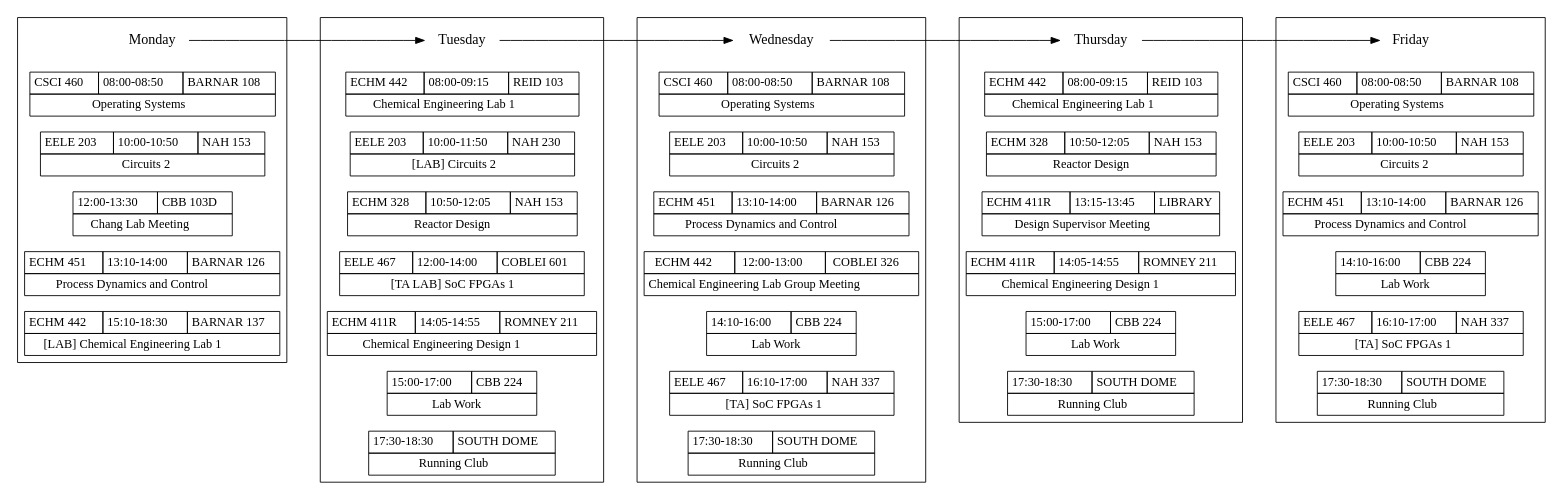
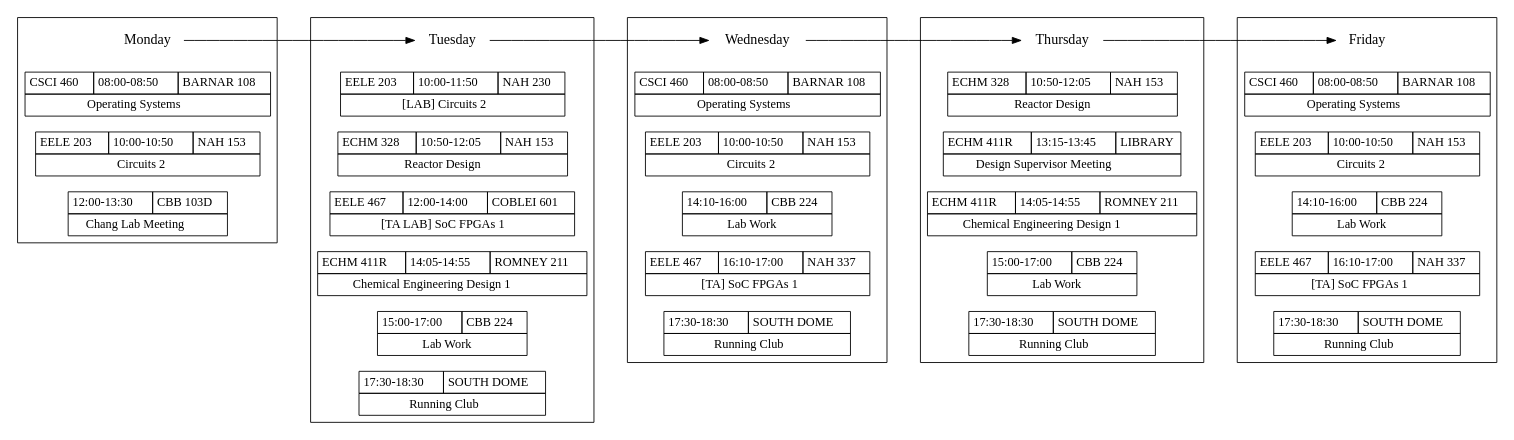
Before and after one commit to w-culhane/schedule-flowchart: the diagram in schedule_4-senior-sem-1-fall.gv, drawn with Graphviz.

Commit message:
Remove completed classes

```diff
--- a/schedule_4-senior-sem-1-fall.gv
+++ b/schedule_4-senior-sem-1-fall.gv
@@ -6,7 +6,7 @@
     }
 
     {node [shape=none, margin=0]
-	subgraph clustermonday { rank = same; "Monday"; "CSCI460-m"; "EELE203-m"; "WORK-m-meeting"; "ECHM451-m"; "ECHM442-m-lab"; }
+	subgraph clustermonday { rank = same; "Monday"; "CSCI460-m"; "EELE203-m"; "WORK-m-meeting"; }
     }
 
     "CSCI460-m" [label=<
@@ -38,39 +38,9 @@
 		      <TR><TD COLSPAN="2">Chang Lab Meeting</TD></TR>
 		      </TABLE>>];
 
-    "ECHM451-m" [label=<
-		 <TABLE BORDER="0" CELLBORDER="1" CELLSPACING="0" CELLPADDING="4">
-		 <TR>
-		 <TD>ECHM 451</TD>
-		 <TD>13:10-14:00</TD>
-		 <TD>BARNAR 126</TD>
-		 </TR>
-		 <TR><TD COLSPAN="3">Process Dynamics and Control</TD></TR>
-		 </TABLE>>];
-
-    "ECHM442-m-lab" [label=<
-		     <TABLE BORDER="0" CELLBORDER="1" CELLSPACING="0" CELLPADDING="4">
-		     <TR>
-		     <TD>ECHM 442</TD>
-		     <TD>15:10-18:30</TD>
-		     <TD>BARNAR 137</TD>
-		     </TR>
-		     <TR><TD COLSPAN="3">[LAB] Chemical Engineering Lab 1</TD></TR>
-		     </TABLE>>];
-
     {node [shape=none, margin=0]
-	subgraph clustertuesday { rank = same; "Tuesday"; "ECHM442-t"; "EELE203-t-lab"; "ECHM328-t"; "EELE467-t-TA"; "ECHM411R-t"; "WORK-t"; "RUNNING-t"; }
+	subgraph clustertuesday { rank = same; "Tuesday"; "EELE203-t-lab"; "ECHM328-t"; "EELE467-t-TA"; "ECHM411R-t"; "WORK-t"; "RUNNING-t"; }
     }
-
-    "ECHM442-t" [label=<
-		 <TABLE BORDER="0" CELLBORDER="1" CELLSPACING="0" CELLPADDING="4">
-		 <TR>
-		 <TD>ECHM 442</TD>
-		 <TD>08:00-09:15</TD>
-		 <TD>REID 103</TD>
-		 </TR>
-		 <TR><TD COLSPAN="3">Chemical Engineering Lab 1</TD></TR>
-		 </TABLE>>];
 
     "EELE203-t-lab" [label=<
 		     <TABLE BORDER="0" CELLBORDER="1" CELLSPACING="0" CELLPADDING="4">
@@ -131,7 +101,7 @@
 		 </TABLE>>];
 
     {node [shape=none, margin=0]
-	subgraph clusterwednesday { rank = same; "Wednesday"; "CSCI460-w"; "EELE203-w"; "ECHM451-w"; "ECHM442-w-meeting"; "WORK-w"; "EELE467-w-TA"; "RUNNING-w"; }
+	subgraph clusterwednesday { rank = same; "Wednesday"; "CSCI460-w"; "EELE203-w"; "WORK-w"; "EELE467-w-TA"; "RUNNING-w"; }
     }
 
     "CSCI460-w" [label=<
@@ -152,26 +122,6 @@
 		 <TD>NAH 153</TD>
 		 </TR>
 		 <TR><TD COLSPAN="3">Circuits 2</TD></TR>
-		 </TABLE>>];
-
-    "ECHM442-w-meeting" [label=<
-			 <TABLE BORDER="0" CELLBORDER="1" CELLSPACING="0" CELLPADDING="4">
-			 <TR>
-			 <TD>ECHM 442</TD>
-			 <TD>12:00-13:00</TD>
-			 <TD>COBLEI 326</TD>
-			 </TR>
-			 <TR><TD COLSPAN="3">Chemical Engineering Lab Group Meeting</TD></TR>
-			 </TABLE>>];
-
-    "ECHM451-w" [label=<
-		 <TABLE BORDER="0" CELLBORDER="1" CELLSPACING="0" CELLPADDING="4">
-		 <TR>
-		 <TD>ECHM 451</TD>
-		 <TD>13:10-14:00</TD>
-		 <TD>BARNAR 126</TD>
-		 </TR>
-		 <TR><TD COLSPAN="3">Process Dynamics and Control</TD></TR>
 		 </TABLE>>];
 
     "WORK-w" [label=<
@@ -203,18 +153,8 @@
 		 </TABLE>>];
 
     {node [shape=none, margin=0]
-	subgraph clusterthursday { rank = same; "Thursday"; "ECHM442-r"; "ECHM328-r"; "ECHM411R-r-meeting"; "ECHM411R-r"; "WORK-r"; "RUNNING-r"; }
+	subgraph clusterthursday { rank = same; "Thursday"; "ECHM328-r"; "ECHM411R-r-meeting"; "ECHM411R-r"; "WORK-r"; "RUNNING-r"; }
     }
-
-    "ECHM442-r" [label=<
-		 <TABLE BORDER="0" CELLBORDER="1" CELLSPACING="0" CELLPADDING="4">
-		 <TR>
-		 <TD>ECHM 442</TD>
-		 <TD>08:00-09:15</TD>
-		 <TD>REID 103</TD>
-		 </TR>
-		 <TR><TD COLSPAN="3">Chemical Engineering Lab 1</TD></TR>
-		 </TABLE>>];
 
     "ECHM328-r" [label=<
 		 <TABLE BORDER="0" CELLBORDER="1" CELLSPACING="0" CELLPADDING="4">
@@ -265,7 +205,7 @@
 		 </TABLE>>];
 
     {node [shape=none, margin=0]
-	subgraph clusterfriday { rank = same; "Friday"; "CSCI460-f"; "EELE203-f"; "ECHM451-f"; "WORK-f"; "EELE467-f-TA"; "RUNNING-f"; }
+	subgraph clusterfriday { rank = same; "Friday"; "CSCI460-f"; "EELE203-f"; "WORK-f"; "EELE467-f-TA"; "RUNNING-f"; }
     }
 
     "CSCI460-f" [label=<
@@ -286,16 +226,6 @@
 		 <TD>NAH 153</TD>
 		 </TR>
 		 <TR><TD COLSPAN="3">Circuits 2</TD></TR>
-		 </TABLE>>];
-
-    "ECHM451-f" [label=<
-		 <TABLE BORDER="0" CELLBORDER="1" CELLSPACING="0" CELLPADDING="4">
-		 <TR>
-		 <TD>ECHM 451</TD>
-		 <TD>13:10-14:00</TD>
-		 <TD>BARNAR 126</TD>
-		 </TR>
-		 <TR><TD COLSPAN="3">Process Dynamics and Control</TD></TR>
 		 </TABLE>>];
 
     "WORK-f" [label=<
```
